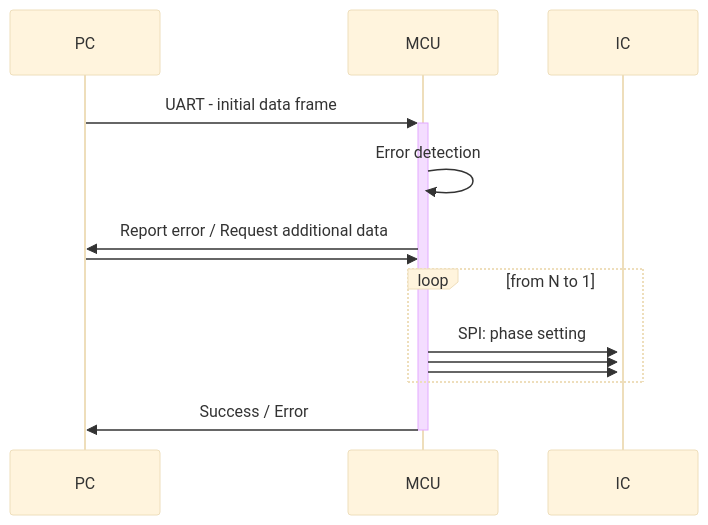
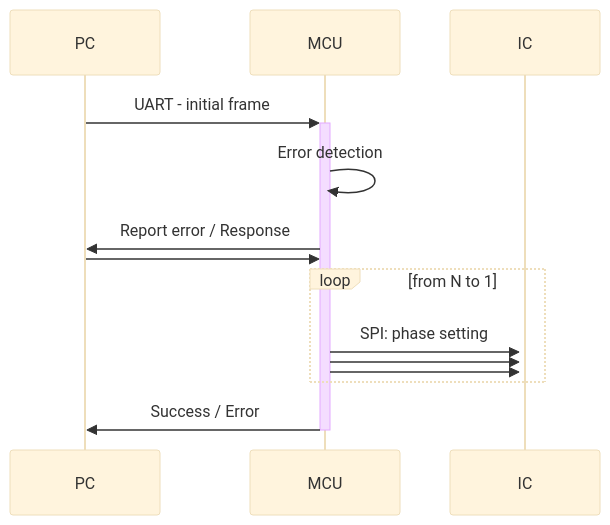
One commit to kamilix2003/Phase-Shifter changed the first of 2 diagrams in docs/Specification.md. Above: the diagram before and after it, drawn with Mermaid (base theme). The commit also changed other lines of this file, not shown here.

````diff
--- a/docs/Specification.md
+++ b/docs/Specification.md
@@ -5,13 +5,13 @@
 ```mermaid
 sequenceDiagram
-    PC->>+MCU: UART - initial data frame
+    PC->>+MCU: UART - initial frame
     MCU->>MCU: Error detection
-    MCU->>PC: Report error / Request additional data
+    MCU->>PC: Report error / Response
     PC->>MCU: 
     loop from N to 1
     MCU->>+IC: SPI: phase setting
     MCU->>+IC: 
     MCU->>+IC: 
     end
     MCU->>-PC: Success / Error
 ```
````
